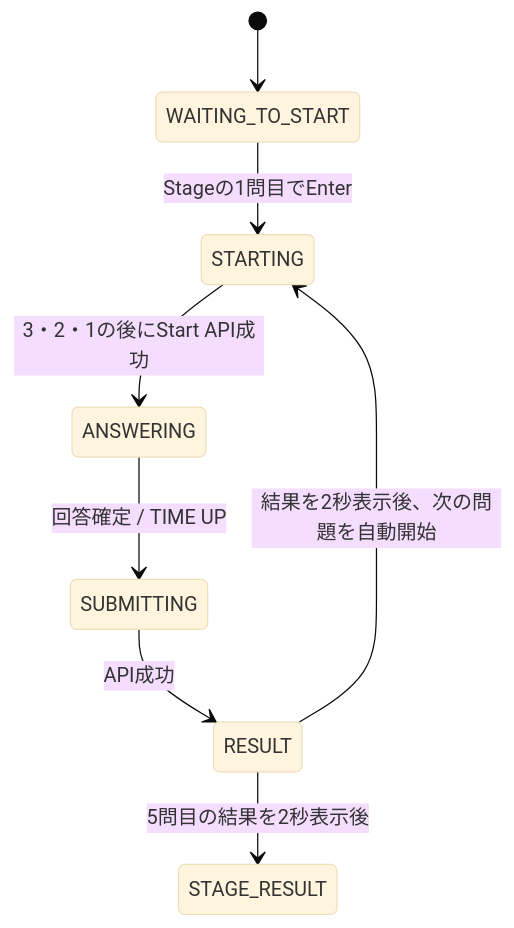
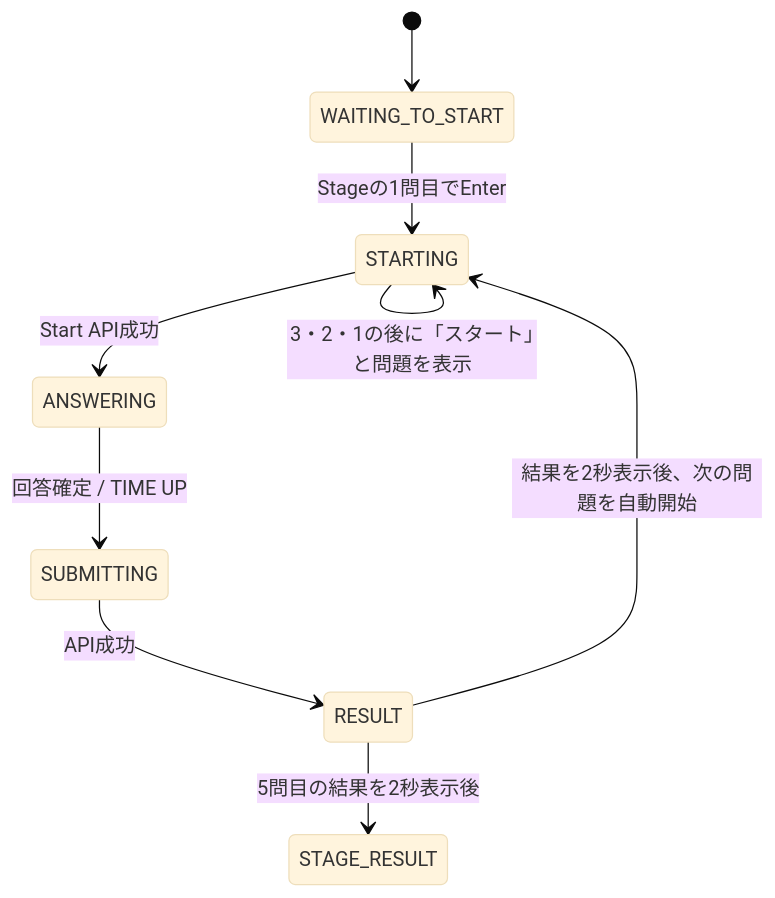
Before and after one commit to suu-dev-0203/graduation_JAVAgame: diagram 11 of 29 in README.md, drawn with Mermaid (base theme). The commit also changed other lines of this file and 3 other files, not shown here.

````diff
--- a/README.md
+++ b/README.md
@@ -634,10 +637,11 @@
 ```mermaid
 stateDiagram-v2
     [*] --> WAITING_TO_START
     WAITING_TO_START --> STARTING: Stageの1問目でEnter
-    STARTING --> ANSWERING: 3・2・1の後にStart API成功
+    STARTING --> STARTING: 3・2・1の後に「スタート」と問題を表示
+    STARTING --> ANSWERING: Start API成功
     ANSWERING --> SUBMITTING: 回答確定 / TIME UP
     SUBMITTING --> RESULT: API成功
     RESULT --> STARTING: 結果を2秒表示後、次の問題を自動開始
     RESULT --> STAGE_RESULT: 5問目の結果を2秒表示後
 ```
````
